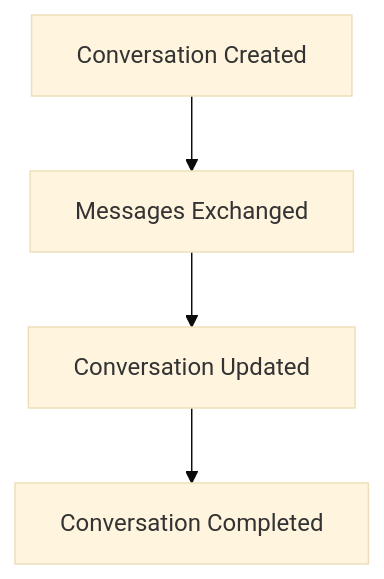
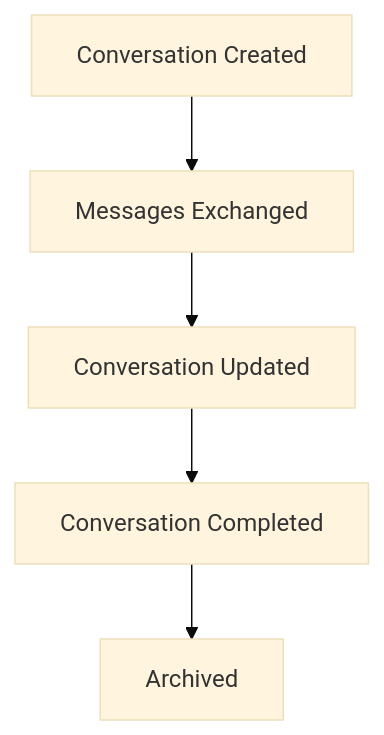
One commit to RaiyanJiyon/agri-smart-api changed the fifth of 7 diagrams in docs/03-Database-Design.md. Above: the diagram before and after it, drawn with Mermaid (base theme). The commit also changed other lines of this file and 1 other file, not shown here.

````diff
--- a/docs/03-Database-Design.md
+++ b/docs/03-Database-Design.md
@@ -273,6 +341,7 @@
 ```mermaid
 flowchart TD
     A[Conversation Created] --> B[Messages Exchanged]
     B --> C[Conversation Updated]
     C --> D[Conversation Completed]
+    D --> E[Archived]
 ```
````
